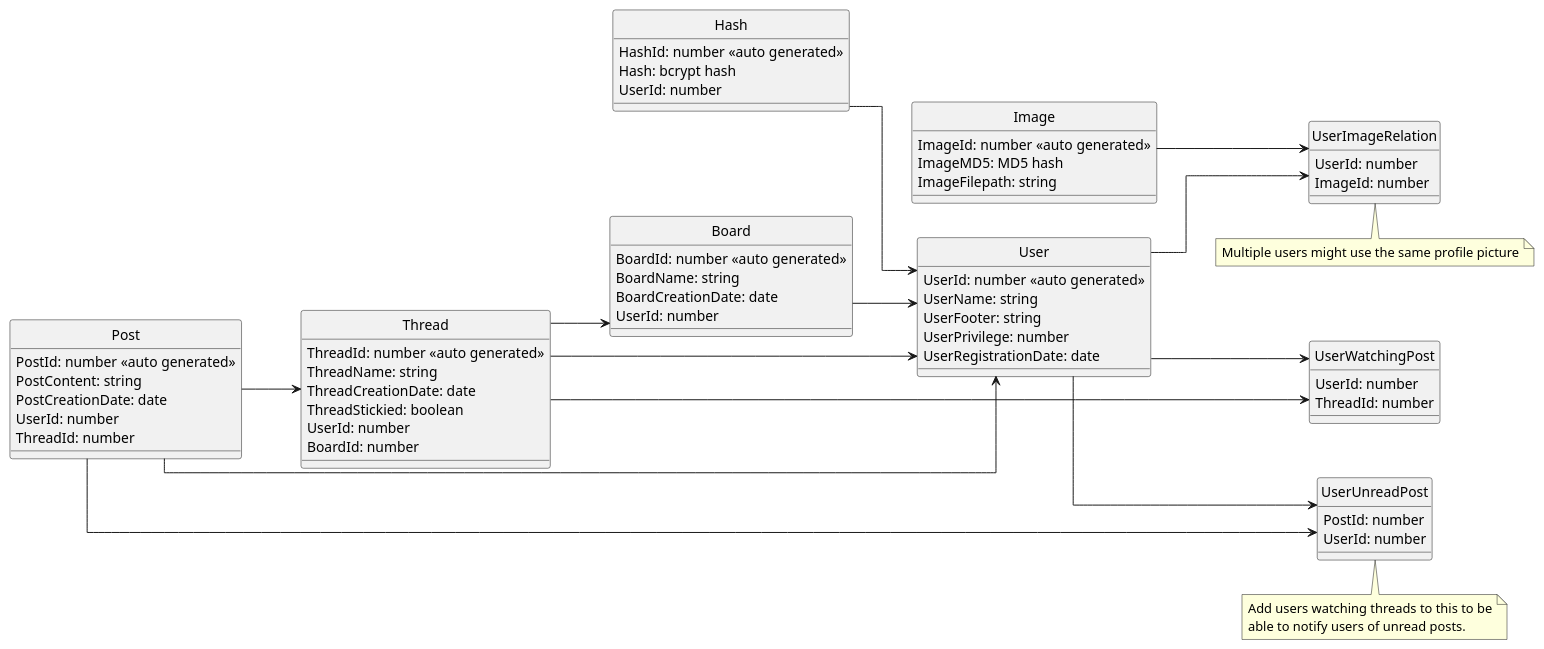
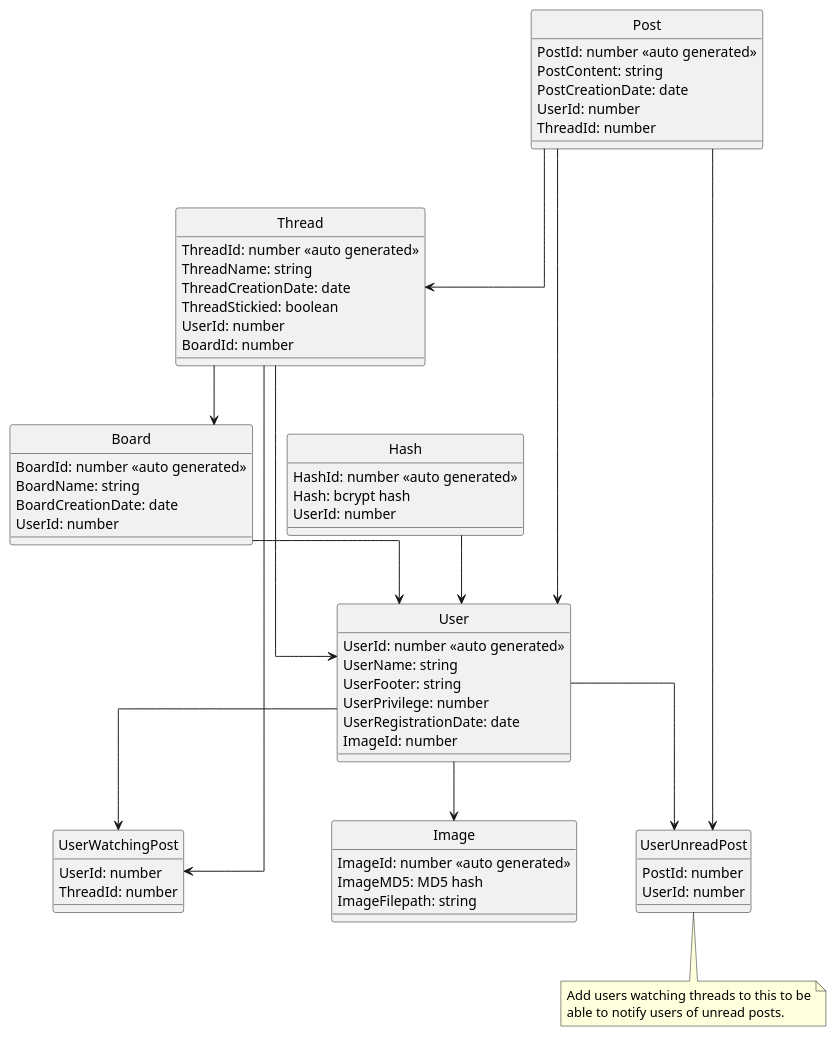
The diagram in docs/database.plantuml (depsterr/slutprojektWSP21), drawn with PlantUML before and after one commit. The commit also changed 1 other file, not shown here.

```diff
--- a/docs/database.plantuml
+++ b/docs/database.plantuml
@@ -1,94 +1,87 @@
 @startuml
 ' Detta är en UML fil som definerar mitt ER diagram.
 ' Bilden genereras sedan av programmet plantuml.
 
 hide circle
 skinparam linetype ortho
-left to right direction
+' left to right direction
+
+entity "Image" as image {
+	ImageId: number <<auto generated>>
+	ImageMD5: MD5 hash
+	ImageFilepath: string
+}
 
 entity "User" as user {
 	UserId: number <<auto generated>>
 	UserName: string
 	UserFooter: string
 	UserPrivilege: number
 	UserRegistrationDate: date
+	ImageId: number
 }
+
+user --> image
 
 entity "Hash" as hash {
 	HashId: number <<auto generated>>
 	Hash: bcrypt hash
 	UserId: number
 }
 
 hash --> user
-
-entity "Image" as image {
-	ImageId: number <<auto generated>>
-	ImageMD5: MD5 hash
-	ImageFilepath: string
-}
-
-entity "UserImageRelation" as userimage {
-	UserId: number
-	ImageId: number
-}
-
-note bottom : Multiple users might use the same profile picture
-
-user --> userimage
-image --> userimage
 
 entity "Board" as board {
 	BoardId: number <<auto generated>>
 	BoardName: string
 	BoardCreationDate: date
 	UserId: number
 }
 
 board --> user
 
 entity "Thread" as thread {
 	ThreadId: number <<auto generated>>
 	ThreadName: string
 	ThreadCreationDate: date
 	ThreadStickied: boolean
 	UserId: number
 	BoardId: number
 }
 
 thread --> user
 thread --> board
 
 entity "Post" as post {
 	PostId: number <<auto generated>>
 	PostContent: string
 	PostCreationDate: date
 	UserId: number
 	ThreadId: number
 }
 
 post --> user
 post --> thread
 
 entity "UserWatchingPost" as userwatchingthread {
 	UserId: number
 	ThreadId: number
 }
 
 user --> userwatchingthread
 thread --> userwatchingthread
 
 entity "UserUnreadPost" as userunreadpost {
 	PostId: number
 	UserId: number
 }
 
 post --> userunreadpost
 user --> userunreadpost
 
 note bottom
 Add users watching threads to this to be
 able to notify users of unread posts.
 endnote
 
 @enduml
```
